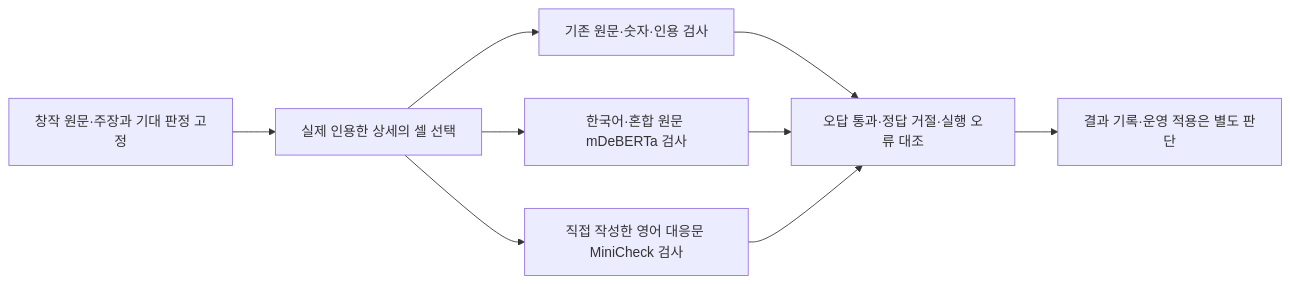
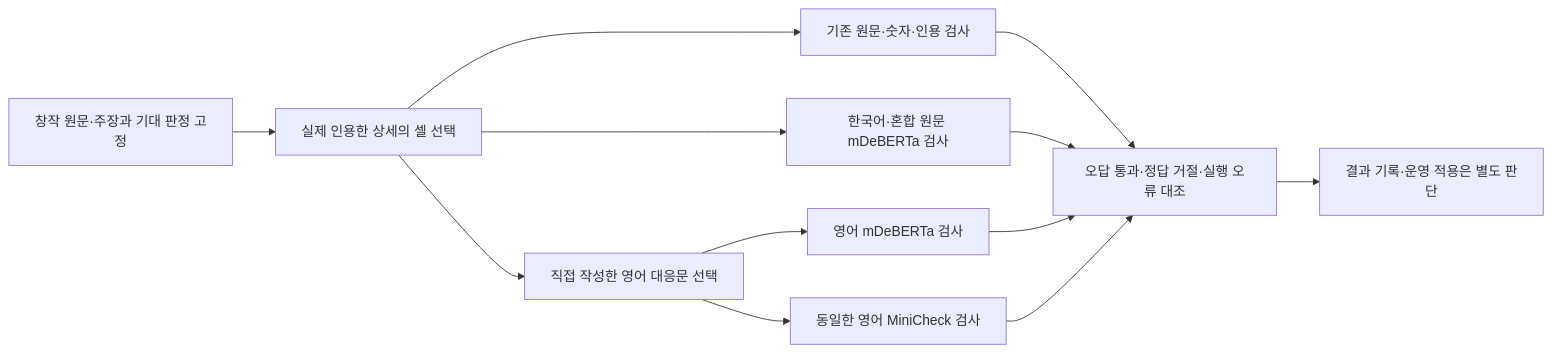
Diagram 21 of 22 in docs/전체-프로그램-플로우.md (pmh10401/cs-excel-rag), drawn with Mermaid before and after one commit. The commit also changed other lines of this file and 5 other files, not shown here.

````diff
--- a/docs/전체-프로그램-플로우.md
+++ b/docs/전체-프로그램-플로우.md
@@ -545,11 +545,14 @@
 ```mermaid
 flowchart LR
     A[창작 원문·주장과 기대 판정 고정] --> B[실제 인용한 상세의 셀 선택]
     B --> C[기존 원문·숫자·인용 검사]
     B --> D[한국어·혼합 원문 mDeBERTa 검사]
-    B --> E[직접 작성한 영어 대응문 MiniCheck 검사]
+    B --> E[직접 작성한 영어 대응문 선택]
+    E --> H[영어 mDeBERTa 검사]
+    E --> I[동일한 영어 MiniCheck 검사]
     C --> F[오답 통과·정답 거절·실행 오류 대조]
     D --> F
-    E --> F
+    H --> F
+    I --> F
     F --> G[결과 기록·운영 적용은 별도 판단]
 ```
````
